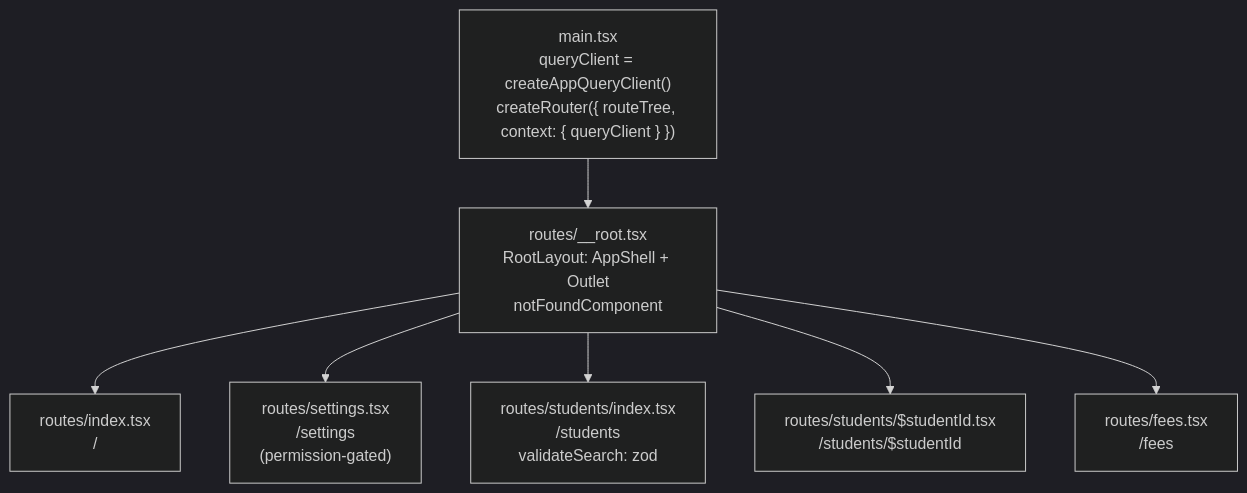
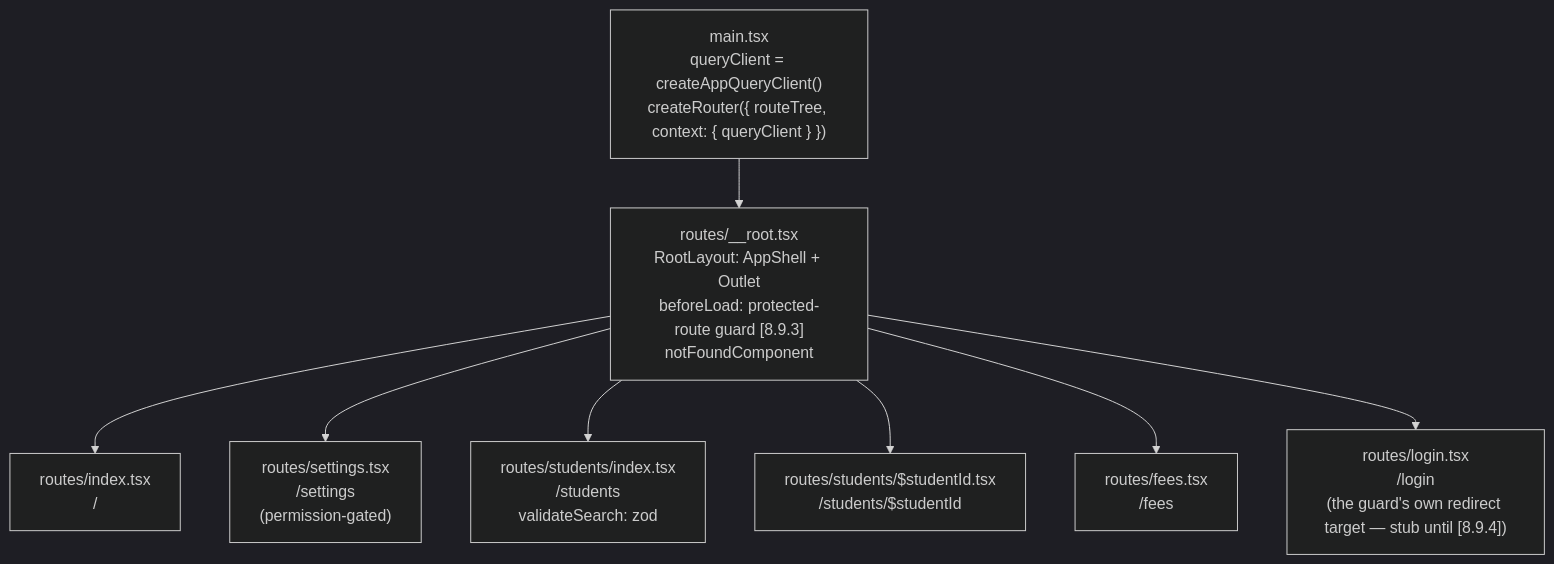
One commit to tareq89/biddaloy changed the second of 2 diagrams in docs/architecture/06-frontend-architecture.md. Above: the diagram before and after it, drawn with Mermaid (dark theme). The commit also changed other lines of this file and 20 other files, not shown here.

First line of the commit message:
feat: auth store, token handling and protected routes [8.9.3]

````diff
--- a/docs/architecture/06-frontend-architecture.md
+++ b/docs/architecture/06-frontend-architecture.md
@@ -102,17 +102,19 @@
 ```mermaid
 flowchart TB
     MAIN["main.tsx\nqueryClient = createAppQueryClient()\ncreateRouter({ routeTree, context: { queryClient } })"]
-    ROOT["routes/__root.tsx\nRootLayout: AppShell + Outlet\nnotFoundComponent"]
+    ROOT["routes/__root.tsx\nRootLayout: AppShell + Outlet\nbeforeLoad: protected-route guard [8.9.3]\nnotFoundComponent"]
     IDX["routes/index.tsx\n/"]
     SETTINGS["routes/settings.tsx\n/settings\n(permission-gated)"]
     STUDENTS["routes/students/index.tsx\n/students\nvalidateSearch: zod"]
     STUDENT["routes/students/$studentId.tsx\n/students/$studentId"]
     FEES["routes/fees.tsx\n/fees"]
+    LOGIN["routes/login.tsx\n/login\n(the guard's own redirect target — stub until [8.9.4])"]
 
     MAIN --> ROOT
     ROOT --> IDX
     ROOT --> SETTINGS
     ROOT --> STUDENTS
     ROOT --> STUDENT
     ROOT --> FEES
+    ROOT --> LOGIN
 ```
````
